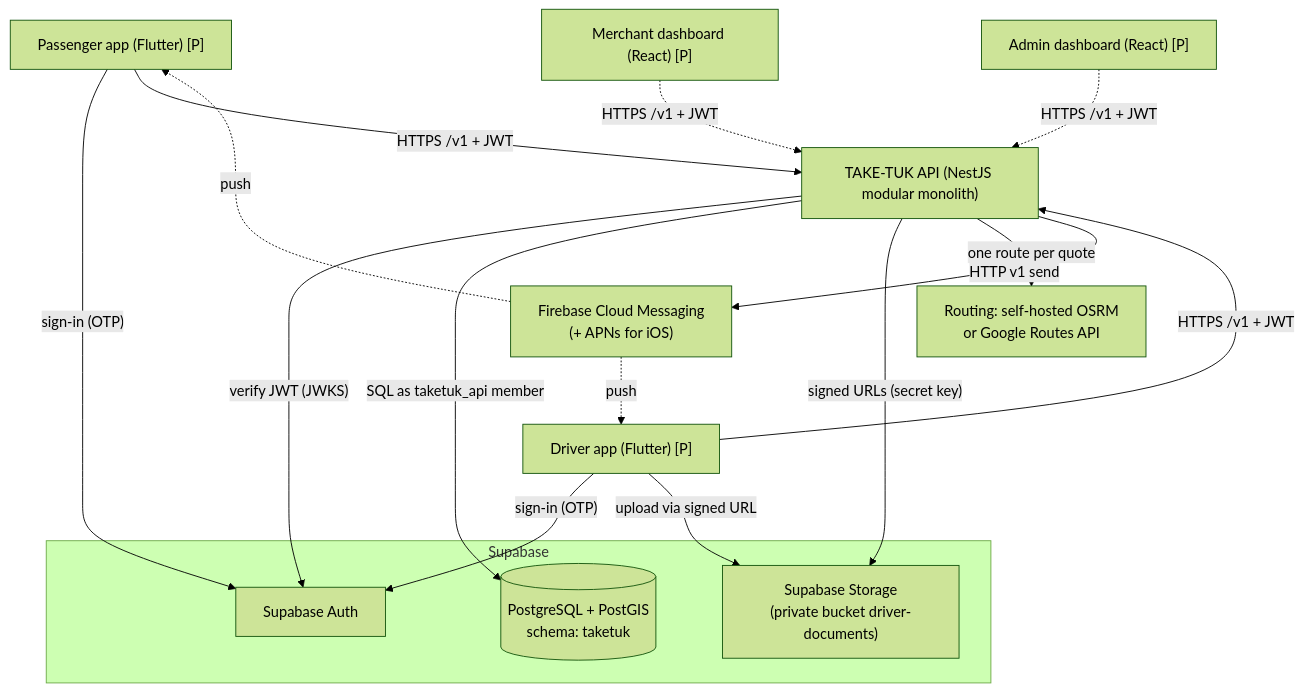
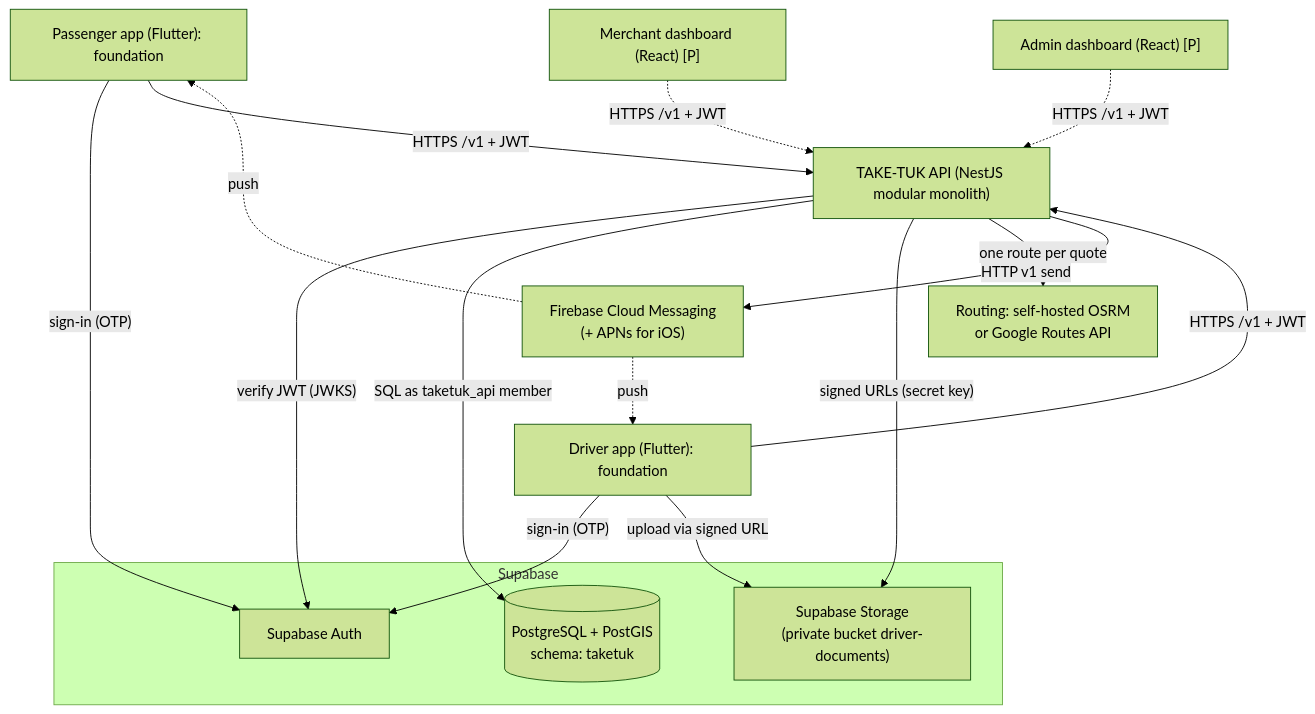
The first of 2 diagrams in docs/architecture/SYSTEM_ARCHITECTURE.md (altyebv/TakeTuk), drawn with Mermaid (forest theme) before and after one commit. The commit also changed other lines of this file and 12 other files, not shown here.

First line of the commit message:
Document the second increment: OSRM, contract fixes, Flutter foundation

````diff
--- a/docs/architecture/SYSTEM_ARCHITECTURE.md
+++ b/docs/architecture/SYSTEM_ARCHITECTURE.md
@@ -10,30 +10,30 @@
 ```mermaid
 flowchart TB
-  passenger["Passenger app (Flutter) [P]"]
-  driver["Driver app (Flutter) [P]"]
+  passenger["Passenger app (Flutter): foundation"]
+  driver["Driver app (Flutter): foundation"]
   merchant["Merchant dashboard (React) [P]"]
   admin["Admin dashboard (React) [P]"]
   api["TAKE-TUK API (NestJS modular monolith)"]
   subgraph Supabase
     auth["Supabase Auth"]
     db[("PostgreSQL + PostGIS<br/>schema: taketuk")]
     storage["Supabase Storage<br/>(private bucket driver-documents)"]
   end
   routing["Routing: self-hosted OSRM<br/>or Google Routes API"]
   fcm["Firebase Cloud Messaging<br/>(+ APNs for iOS)"]
 
   passenger -- "sign-in (OTP)" --> auth
   driver -- "sign-in (OTP)" --> auth
   passenger -- "HTTPS /v1 + JWT" --> api
   driver -- "HTTPS /v1 + JWT" --> api
   merchant -. "HTTPS /v1 + JWT" .-> api
   admin -. "HTTPS /v1 + JWT" .-> api
   driver -- "upload via signed URL" --> storage
   api -- "verify JWT (JWKS)" --> auth
   api -- "SQL as taketuk_api member" --> db
   api -- "signed URLs (secret key)" --> storage
   api -- "one route per quote" --> routing
   api -- "HTTP v1 send" --> fcm
   fcm -. push .-> passenger
   fcm -. push .-> driver
 ```
````
